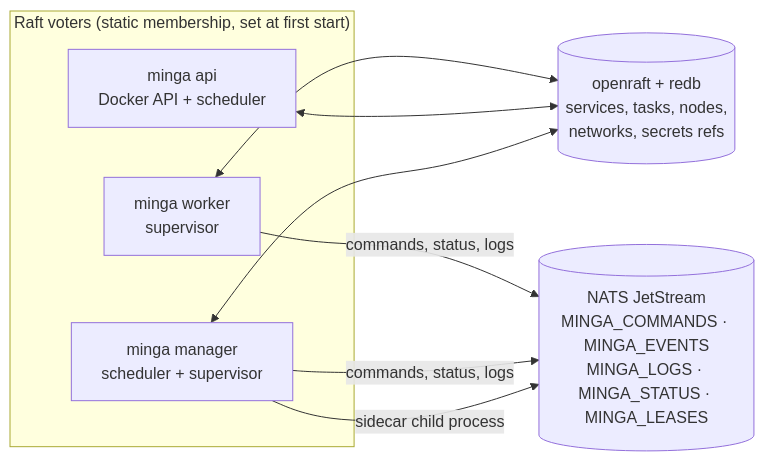
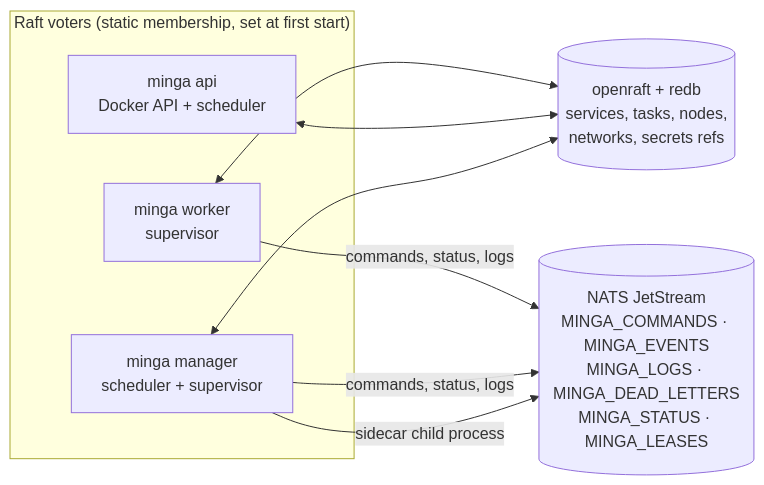
Before and after one commit to lithqube/minga: the first of 2 diagrams in docs/architecture.md, drawn with Mermaid. The commit also changed 5 other files, not shown here.

First line of the commit message:
Bound JetStream redelivery and record failed deliveries

````diff
--- a/docs/architecture.md
+++ b/docs/architecture.md
@@ -7,13 +7,13 @@
 ```mermaid
 flowchart LR
   subgraph voters["Raft voters (static membership, set at first start)"]
     M["minga manager<br/>scheduler + supervisor"]
     A["minga api<br/>Docker API + scheduler"]
     W["minga worker<br/>supervisor"]
   end
   R[("openraft + redb<br/>services, tasks, nodes,<br/>networks, secrets refs")]
-  N[("NATS JetStream<br/>MINGA_COMMANDS · MINGA_EVENTS<br/>MINGA_LOGS · MINGA_STATUS · MINGA_LEASES")]
+  N[("NATS JetStream<br/>MINGA_COMMANDS · MINGA_EVENTS<br/>MINGA_LOGS · MINGA_DEAD_LETTERS<br/>MINGA_STATUS · MINGA_LEASES")]
   M & A & W <--> R
   M -- sidecar child process --> N
   M & W -- commands, status, logs --> N
 ```
````
